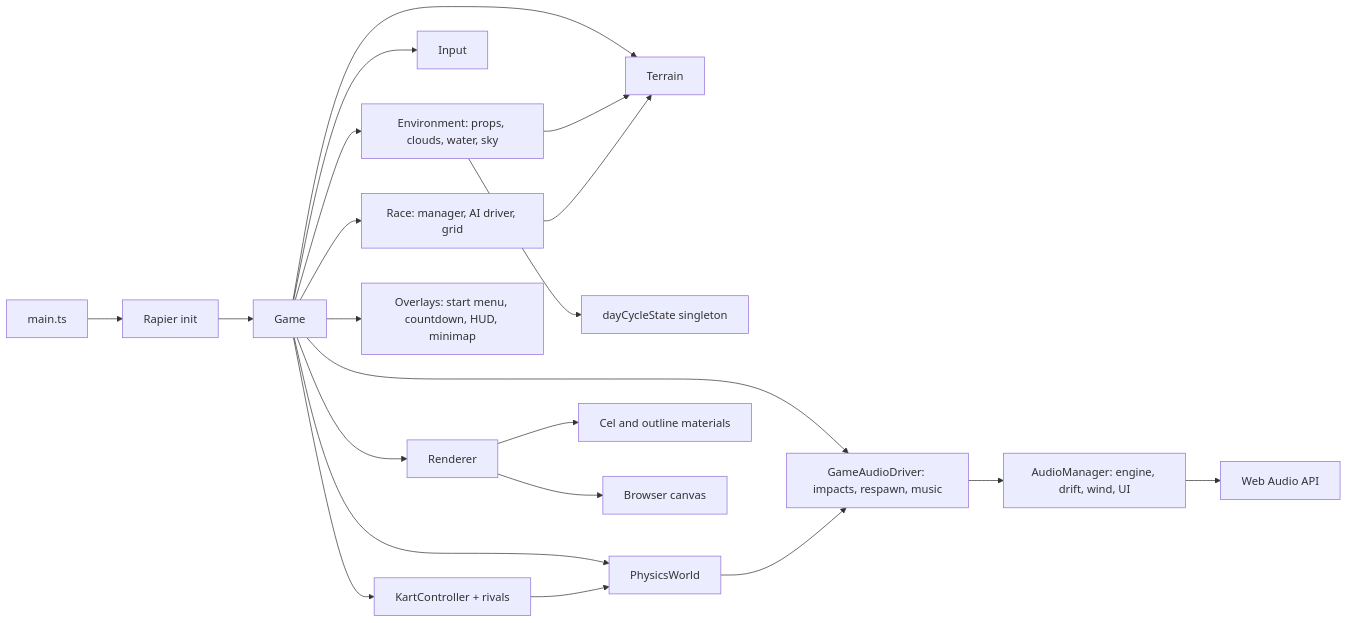
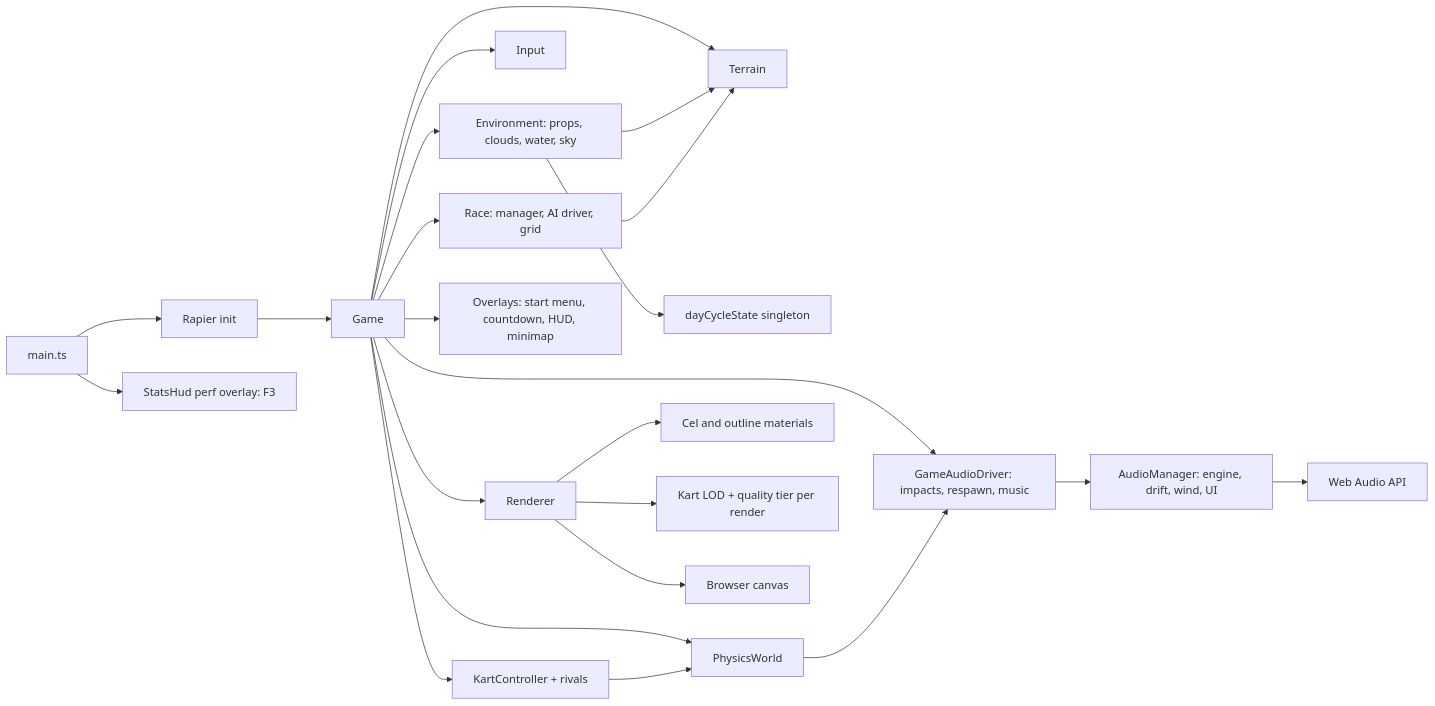
One commit to jjgroenendijk/cart-game changed the diagram in AGENTS.md. Above: the diagram before and after it, drawn with Mermaid. The commit also changed 19 other files, not shown here.

````diff
--- a/AGENTS.md
+++ b/AGENTS.md
@@ -23,23 +23,25 @@
 ```mermaid
 flowchart LR
   main[main.ts] --> rapier[Rapier init]
   rapier --> game[Game]
   game --> terrain[Terrain]
   game --> env[Environment: props, clouds, water, sky]
   env --> dayCycle[dayCycleState singleton]
   env --> terrain
   game --> input[Input]
   game --> physics[PhysicsWorld]
   game --> kart[KartController + rivals]
   kart --> physics
   game --> race[Race: manager, AI driver, grid]
   race --> terrain
   game --> gameAudio[GameAudioDriver: impacts, respawn, music]
   physics --> gameAudio
   gameAudio --> audio[AudioManager: engine, drift, wind, UI]
   audio --> webaudio[Web Audio API]
   game --> ui[Overlays: start menu, countdown, HUD, minimap]
   game --> renderer[Renderer]
   renderer --> materials[Cel and outline materials]
+  renderer --> lod[Kart LOD + quality tier per render]
   renderer --> canvas[Browser canvas]
+  main --> statsHud[StatsHud perf overlay: F3]
 ```
````
